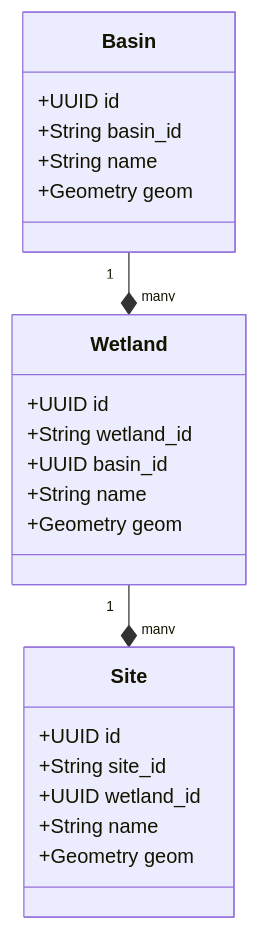
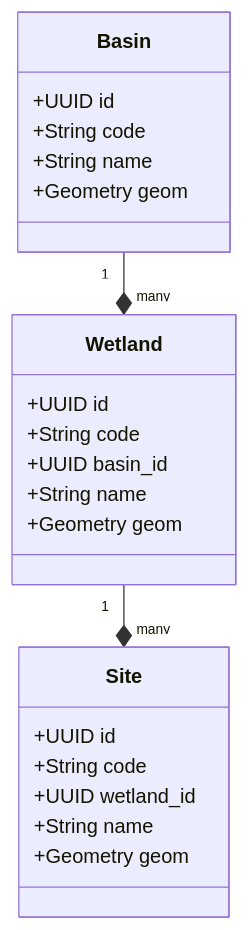
Before and after one commit to akvo/nbd-phase-1: the diagram in docs/lld/spatial_infrastructure_lld.md, drawn with Mermaid. The commit also changed other lines of this file and 5 other files, not shown here.

Commit message:
[#14] docs(spatial): align schema and api contracts with UUID spatial refactor

````diff
--- a/docs/lld/spatial_infrastructure_lld.md
+++ b/docs/lld/spatial_infrastructure_lld.md
@@ -28,25 +28,25 @@
 ```mermaid
 classDiagram
     class Basin {
         +UUID id
-        +String basin_id
+        +String code
         +String name
         +Geometry geom
     }
     class Wetland {
         +UUID id
-        +String wetland_id
+        +String code
         +UUID basin_id
         +String name
         +Geometry geom
     }
     class Site {
         +UUID id
-        +String site_id
+        +String code
         +UUID wetland_id
         +String name
         +Geometry geom
     }
     Basin "1" --* "many" Wetland
     Wetland "1" --* "many" Site
 ```
````
